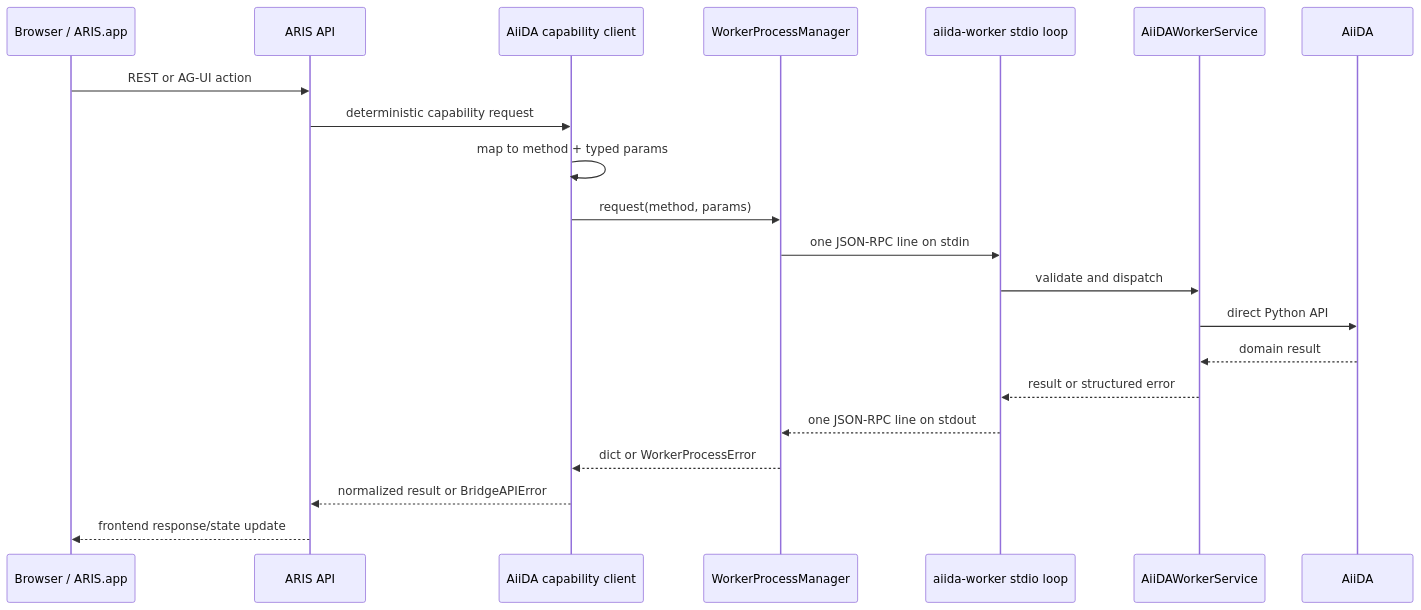
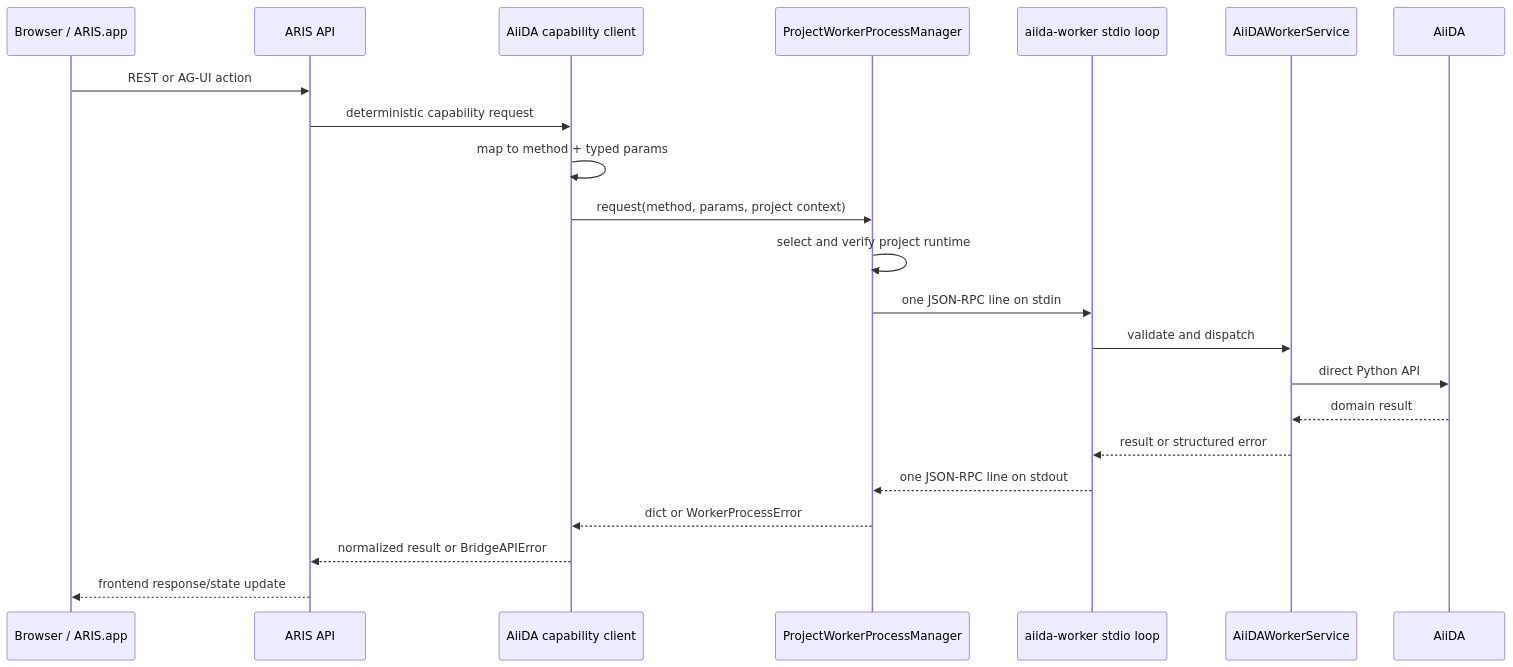
The diagram in docs/architecture/ARIS_AIIDA_WORKER_INTERNAL_FLOW.md (ymzhang0/aris), drawn with Mermaid before and after one commit. The commit also changed other lines of this file and 24 other files, not shown here.

````diff
--- a/docs/architecture/ARIS_AIIDA_WORKER_INTERNAL_FLOW.md
+++ b/docs/architecture/ARIS_AIIDA_WORKER_INTERNAL_FLOW.md
@@ -26,24 +28,25 @@
 ```mermaid
 sequenceDiagram
     participant UI as Browser / ARIS.app
     participant API as ARIS API
     participant Client as AiiDA capability client
-    participant Owner as WorkerProcessManager
+    participant Owner as ProjectWorkerProcessManager
     participant Worker as aiida-worker stdio loop
     participant Service as AiiDAWorkerService
     participant AiiDA
 
     UI->>API: REST or AG-UI action
     API->>Client: deterministic capability request
     Client->>Client: map to method + typed params
-    Client->>Owner: request(method, params)
+    Client->>Owner: request(method, params, project context)
+    Owner->>Owner: select and verify project runtime
     Owner->>Worker: one JSON-RPC line on stdin
     Worker->>Service: validate and dispatch
     Service->>AiiDA: direct Python API
     AiiDA-->>Service: domain result
     Service-->>Worker: result or structured error
     Worker-->>Owner: one JSON-RPC line on stdout
     Owner-->>Client: dict or WorkerProcessError
     Client-->>API: normalized result or BridgeAPIError
     API-->>UI: frontend response/state update
 ```
````
